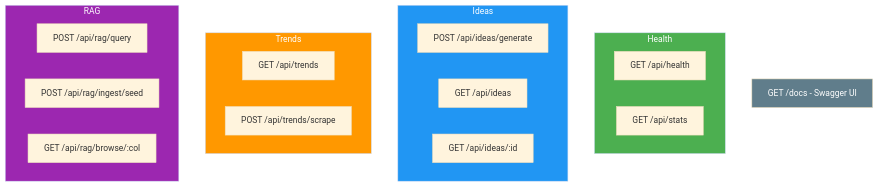
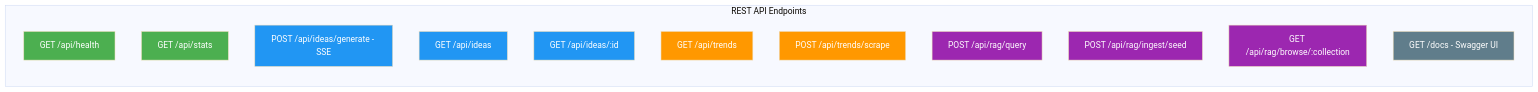
Before and after one commit to soumyachk101/IdeaForge: the sixth of 8 diagrams in README.md, drawn with Mermaid (base theme). The commit also changed other lines of this file, not shown here.

First line of the commit message:
Replace ASCII architecture with 3 Mermaid workflow diagrams

````diff
--- a/README.md
+++ b/README.md
@@ -366,32 +389,29 @@
 ```mermaid
-graph TD
-    subgraph HEALTH["Health"]
-        H1["GET /api/health"]
-        H2["GET /api/stats"]
+graph LR
+    subgraph ENDPOINTS["REST API Endpoints"]
+        direction TB
+        H["GET /api/health"]
+        S["GET /api/stats"]
+        IG["POST /api/ideas/generate - SSE"]
+        IL["GET /api/ideas"]
+        IID["GET /api/ideas/:id"]
+        TL["GET /api/trends"]
+        TS["POST /api/trends/scrape"]
+        RQ["POST /api/rag/query"]
+        RI["POST /api/rag/ingest/seed"]
+        RB["GET /api/rag/browse/:collection"]
+        DOC["GET /docs - Swagger UI"]
     end
 
-    subgraph IDEAS["Ideas"]
-        I1["POST /api/ideas/generate"]
-        I2["GET /api/ideas"]
-        I3["GET /api/ideas/:id"]
-    end
-
-    subgraph TRENDS["Trends"]
-        T1["GET /api/trends"]
-        T2["POST /api/trends/scrape"]
-    end
-
-    subgraph RAG["RAG"]
-        R1["POST /api/rag/query"]
-        R2["POST /api/rag/ingest/seed"]
-        R3["GET /api/rag/browse/:col"]
-    end
-
-    DOCS["GET /docs - Swagger UI"]
-
-    style HEALTH fill:#4CAF50,color:#fff
-    style IDEAS fill:#2196F3,color:#fff
-    style TRENDS fill:#FF9800,color:#fff
-    style RAG fill:#9C27B0,color:#fff
-    style DOCS fill:#607D8B,color:#fff
+    style H fill:#4CAF50,color:#fff
+    style S fill:#4CAF50,color:#fff
+    style IG fill:#2196F3,color:#fff
+    style IL fill:#2196F3,color:#fff
+    style IID fill:#2196F3,color:#fff
+    style TL fill:#FF9800,color:#fff
+    style TS fill:#FF9800,color:#fff
+    style RQ fill:#9C27B0,color:#fff
+    style RI fill:#9C27B0,color:#fff
+    style RB fill:#9C27B0,color:#fff
+    style DOC fill:#607D8B,color:#fff
 ```
````
